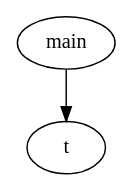
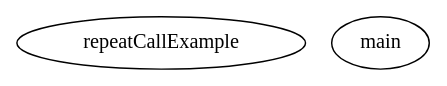
The diagram in samples/output/sample1/sample1-cg.dot (popov-p/itmo-spo-2024), drawn with Graphviz before and after one commit. The commit also changed 9 other files, not shown here.

```diff
--- a/samples/output/sample1/sample1-cg.dot
+++ b/samples/output/sample1/sample1-cg.dot
@@ -1,5 +1,4 @@
 digraph CallGraph {
-    node4047182816 [label="t"];
-    node4047187184 [label="main"];
-    node4047187184 -> node4047182816;
+    node2713117680 [label="repeatCallExample"];
+    node2713311744 [label="main"];
 }
```
